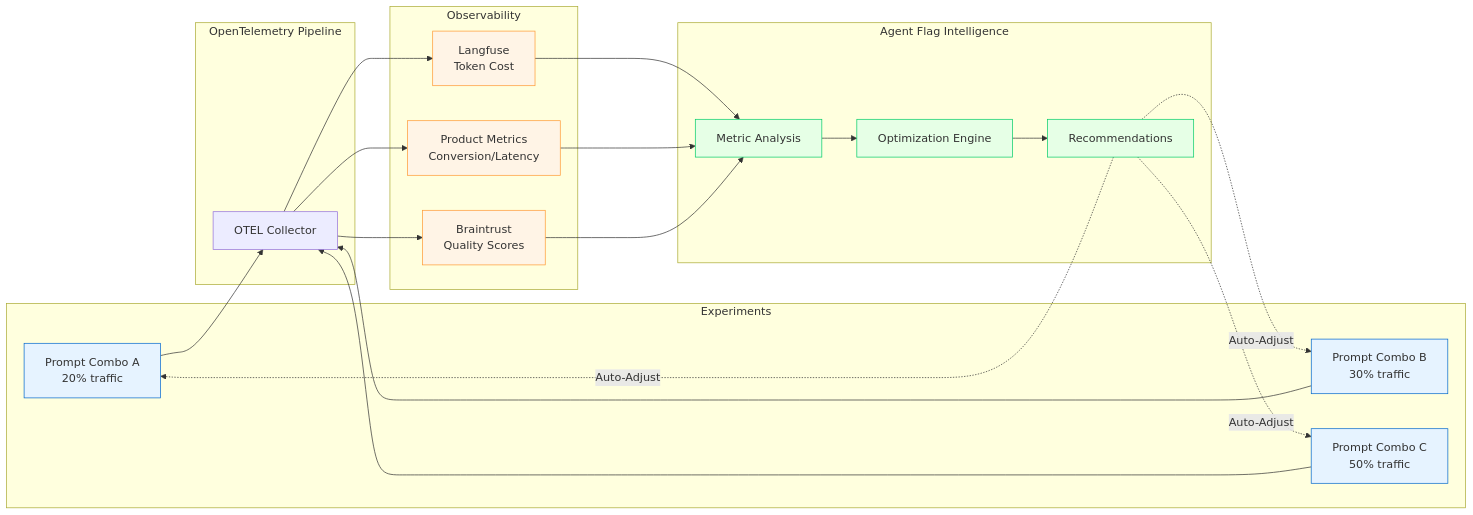
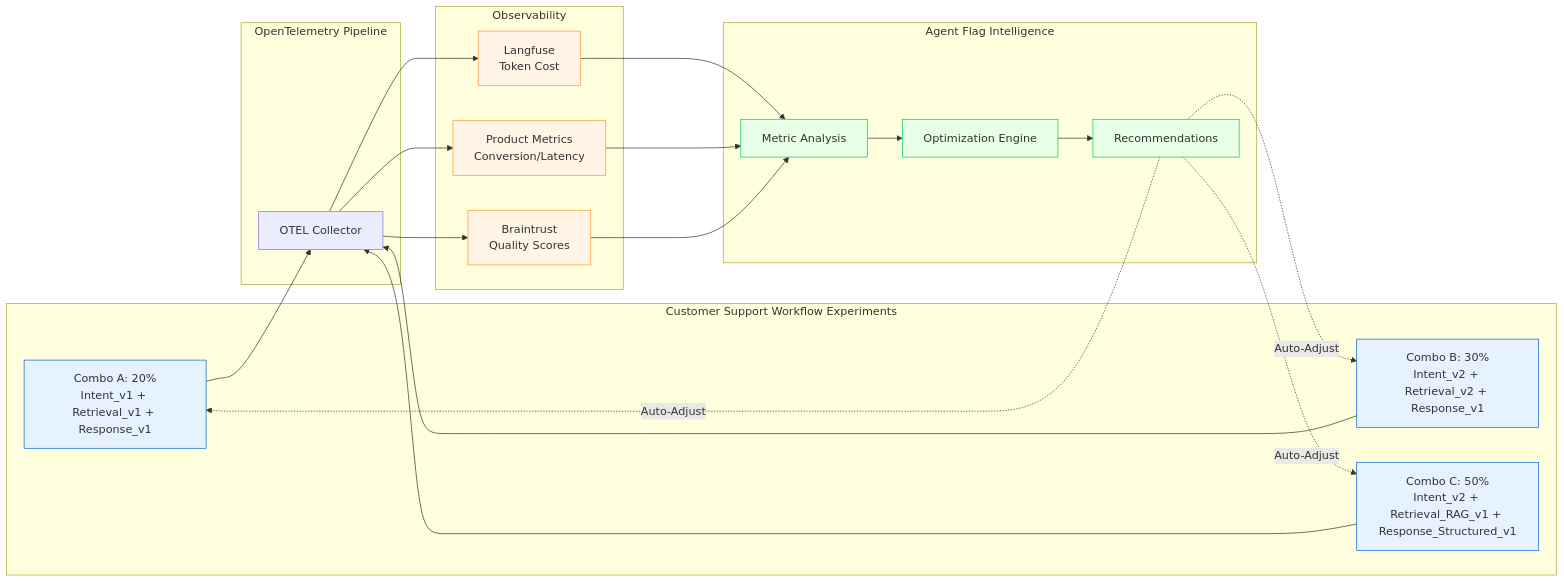
Before and after one commit to featbit/agent-flag: the third of 6 diagrams in insights-bh.md, drawn with Mermaid. The commit also changed other lines of this file, not shown here.

Commit message:
Enhance combinatorial prompt management insights by refining example workflows, clarifying prompt variations, and detailing user segment strategies for improved understanding and operational efficiency.

````diff
--- a/insights-bh.md
+++ b/insights-bh.md
@@ -117,49 +129,49 @@
 ```mermaid
 flowchart LR
-    subgraph Experiments
-        E1[Prompt Combo A<br/>20% traffic]
-        E2[Prompt Combo B<br/>30% traffic]
-        E3[Prompt Combo C<br/>50% traffic]
+    subgraph Experiments["Customer Support Workflow Experiments"]
+        E1["Combo A: 20%<br/>Intent_v1 + Retrieval_v1 + Response_v1"]
+        E2["Combo B: 30%<br/>Intent_v2 + Retrieval_v2 + Response_v1"]
+        E3["Combo C: 50%<br/>Intent_v2 + Retrieval_RAG_v1 + Response_Structured_v1"]
     end
     
     subgraph Telemetry[OpenTelemetry Pipeline]
         OTEL[OTEL Collector]
     end
     
     subgraph Observability
         LF[Langfuse<br/>Token Cost]
         PM[Product Metrics<br/>Conversion/Latency]
         BT[Braintrust<br/>Quality Scores]
     end
     
     subgraph Intelligence[Agent Flag Intelligence]
         AN[Metric Analysis]
         OPT[Optimization Engine]
         REC[Recommendations]
     end
     
     E1 --> OTEL
     E2 --> OTEL
     E3 --> OTEL
     
     OTEL --> LF
     OTEL --> PM
     OTEL --> BT
     
     LF --> AN
     PM --> AN
     BT --> AN
     
     AN --> OPT
     OPT --> REC
     REC -.Auto-Adjust.-> E1
     REC -.Auto-Adjust.-> E2
     REC -.Auto-Adjust.-> E3
     
     classDef exp fill:#e6f3ff,stroke:#0066cc
     classDef obs fill:#fff4e6,stroke:#ff9933
     classDef intel fill:#e6ffe6,stroke:#00cc66
     class E1,E2,E3 exp
     class LF,PM,BT obs
     class AN,OPT,REC intel
 ```
````
